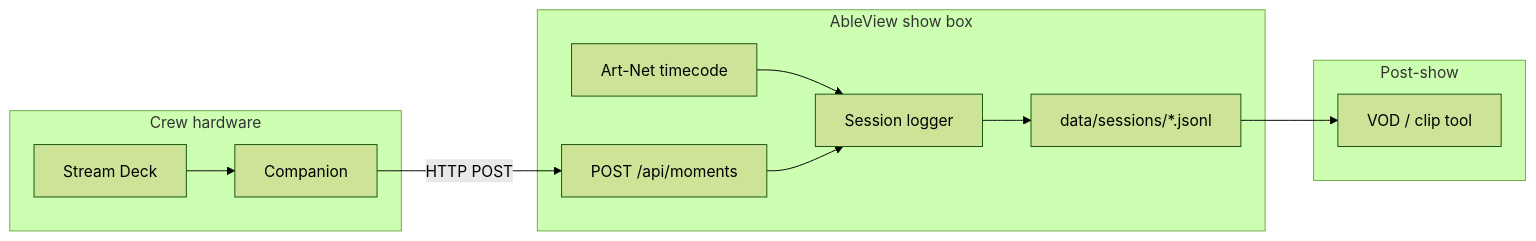
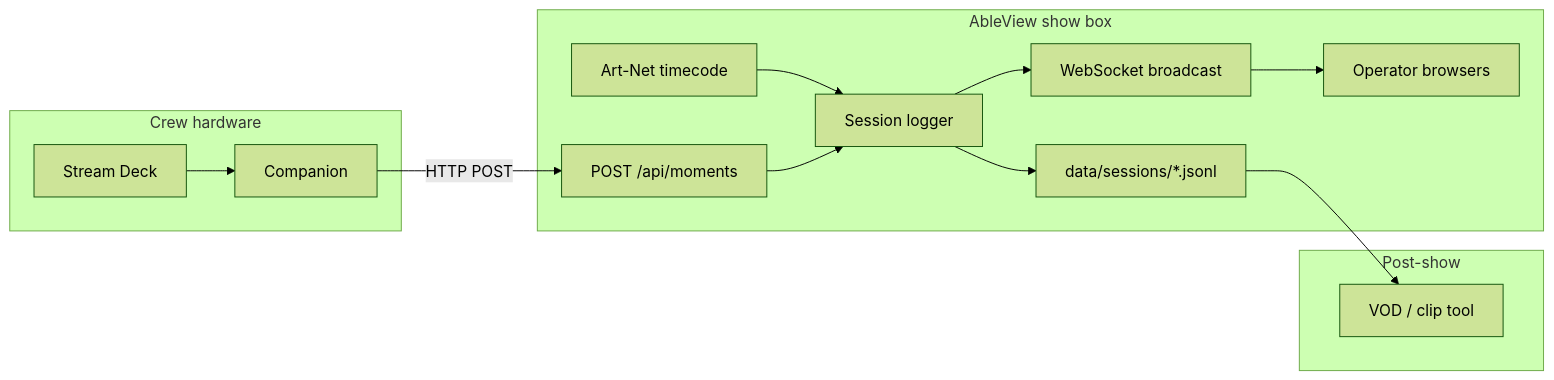
One commit to tiwonku/ableview changed the diagram in docs/plans/M14-moments.md. Above: the diagram before and after it, drawn with Mermaid (forest theme). The commit also changed other lines of this file and 1 other file, not shown here.

````diff
--- a/docs/plans/M14-moments.md
+++ b/docs/plans/M14-moments.md
@@ -96,22 +104,26 @@
 ```mermaid
 flowchart LR
   subgraph hardware [Crew hardware]
     SD["Stream Deck"]
     CP["Companion"]
   end
   subgraph ableview [AbleView show box]
     API["POST /api/moments"]
     SL["Session logger"]
     TC["Art-Net timecode"]
+    WS["WebSocket broadcast"]
     JSONL["data/sessions/*.jsonl"]
+    VIEWS["Operator browsers"]
   end
   subgraph post [Post-show]
     VOD["VOD / clip tool"]
   end
   SD --> CP
   CP -->|"HTTP POST"| API
   TC --> SL
   API --> SL
   SL --> JSONL
+  SL --> WS
+  WS --> VIEWS
   JSONL --> VOD
 ```
````
